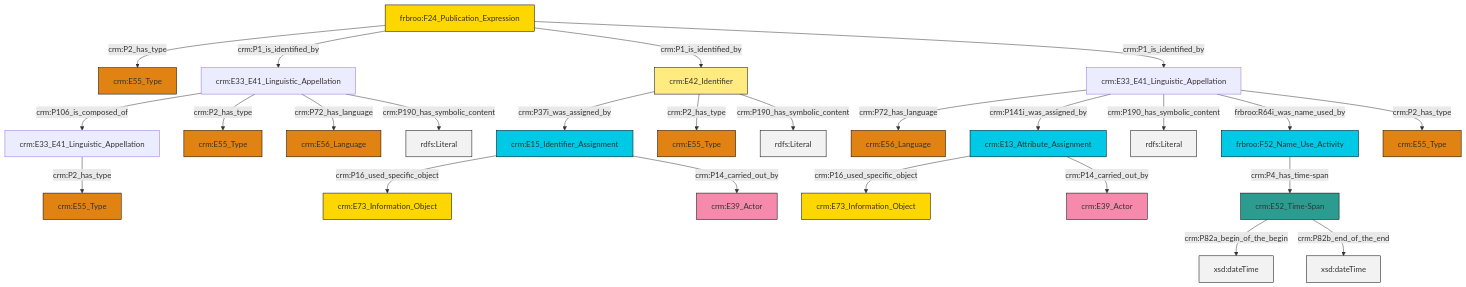
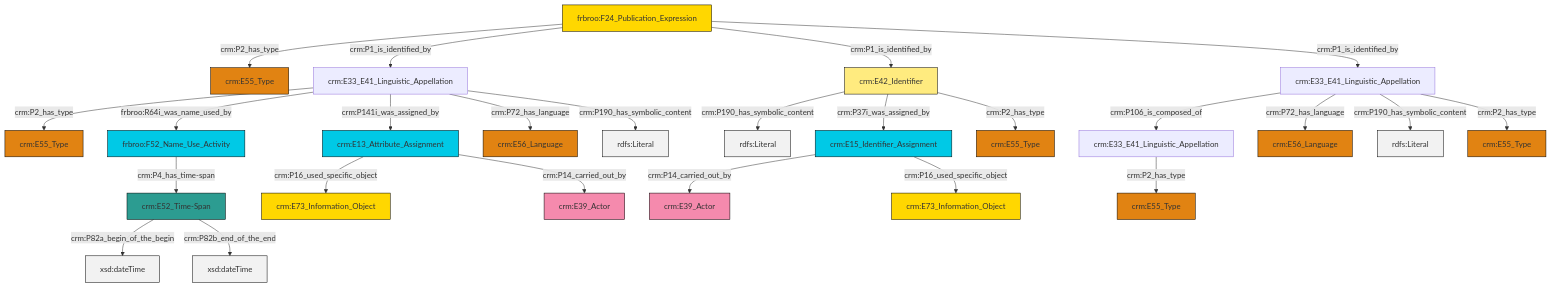
Before and after one commit to swiss-art-research-net/reference-data-models: the diagram in et/biblioCSV/ttl/mmd/biblio_name.ttl.mmd, drawn with Mermaid. The commit also changed 127 other files, not shown here.

```diff
--- a/et/biblioCSV/ttl/mmd/biblio_name.ttl.mmd
+++ b/et/biblioCSV/ttl/mmd/biblio_name.ttl.mmd
@@ -1,39 +1,39 @@
 graph TD
 classDef Literal fill:#f2f2f2,stroke:#000000;
 classDef CRM_Entity fill:#FFFFFF,stroke:#000000;
 classDef Temporal_Entity fill:#00C9E6, stroke:#000000;
 classDef Type fill:#E18312, stroke:#000000;
 classDef Time-Span fill:#2C9C91, stroke:#000000;
 classDef Appellation fill:#FFEB7F, stroke:#000000;
 classDef Place fill:#008836, stroke:#000000;
 classDef Persistent_Item fill:#B266B2, stroke:#000000;
 classDef Conceptual_Object fill:#FFD700, stroke:#000000;
 classDef Physical_Thing fill:#D2B48C, stroke:#000000;
 classDef Actor fill:#f58aad, stroke:#000000;
 classDef PC_Classes fill:#4ce600, stroke:#000000;
 classDef Multi fill:#cccccc,stroke:#000000;
 
-0["crm:E42_Identifier"]:::Appellation -->|crm:P37i_was_assigned_by| 1["crm:E15_Identifier_Assignment"]:::Temporal_Entity
-2["crm:E33_E41_Linguistic_Appellation"]:::Default -->|crm:P106_is_composed_of| 3["crm:E33_E41_Linguistic_Appellation"]:::Default
-2["crm:E33_E41_Linguistic_Appellation"]:::Default -->|crm:P2_has_type| 6["crm:E55_Type"]:::Type
-11["crm:E13_Attribute_Assignment"]:::Temporal_Entity -->|crm:P16_used_specific_object| 12["crm:E73_Information_Object"]:::Conceptual_Object
-13["crm:E52_Time-Span"]:::Time-Span -->|crm:P82a_begin_of_the_begin| 14[xsd:dateTime]:::Literal
-1["crm:E15_Identifier_Assignment"]:::Temporal_Entity -->|crm:P16_used_specific_object| 15["crm:E73_Information_Object"]:::Conceptual_Object
-13["crm:E52_Time-Span"]:::Time-Span -->|crm:P82b_end_of_the_end| 16[xsd:dateTime]:::Literal
-1["crm:E15_Identifier_Assignment"]:::Temporal_Entity -->|crm:P14_carried_out_by| 17["crm:E39_Actor"]:::Actor
-2["crm:E33_E41_Linguistic_Appellation"]:::Default -->|crm:P72_has_language| 18["crm:E56_Language"]:::Type
-0["crm:E42_Identifier"]:::Appellation -->|crm:P2_has_type| 9["crm:E55_Type"]:::Type
-23["frbroo:F24_Publication_Expression"]:::Conceptual_Object -->|crm:P2_has_type| 4["crm:E55_Type"]:::Type
-24["crm:E33_E41_Linguistic_Appellation"]:::Default -->|crm:P72_has_language| 21["crm:E56_Language"]:::Type
-23["frbroo:F24_Publication_Expression"]:::Conceptual_Object -->|crm:P1_is_identified_by| 2["crm:E33_E41_Linguistic_Appellation"]:::Default
-34["frbroo:F52_Name_Use_Activity"]:::Temporal_Entity -->|crm:P4_has_time-span| 13["crm:E52_Time-Span"]:::Time-Span
-23["frbroo:F24_Publication_Expression"]:::Conceptual_Object -->|crm:P1_is_identified_by| 0["crm:E42_Identifier"]:::Appellation
-24["crm:E33_E41_Linguistic_Appellation"]:::Default -->|crm:P141i_was_assigned_by| 11["crm:E13_Attribute_Assignment"]:::Temporal_Entity
-24["crm:E33_E41_Linguistic_Appellation"]:::Default -->|crm:P190_has_symbolic_content| 38[rdfs:Literal]:::Literal
-23["frbroo:F24_Publication_Expression"]:::Conceptual_Object -->|crm:P1_is_identified_by| 24["crm:E33_E41_Linguistic_Appellation"]:::Default
-2["crm:E33_E41_Linguistic_Appellation"]:::Default -->|crm:P190_has_symbolic_content| 39[rdfs:Literal]:::Literal
-0["crm:E42_Identifier"]:::Appellation -->|crm:P190_has_symbolic_content| 43[rdfs:Literal]:::Literal
-24["crm:E33_E41_Linguistic_Appellation"]:::Default -->|frbroo:R64i_was_name_used_by| 34["frbroo:F52_Name_Use_Activity"]:::Temporal_Entity
-3["crm:E33_E41_Linguistic_Appellation"]:::Default -->|crm:P2_has_type| 27["crm:E55_Type"]:::Type
-11["crm:E13_Attribute_Assignment"]:::Temporal_Entity -->|crm:P14_carried_out_by| 19["crm:E39_Actor"]:::Actor
-24["crm:E33_E41_Linguistic_Appellation"]:::Default -->|crm:P2_has_type| 7["crm:E55_Type"]:::Type
+0["crm:E42_Identifier"]:::Appellation -->|crm:P190_has_symbolic_content| 2[rdfs:Literal]:::Literal
+5["crm:E15_Identifier_Assignment"]:::Temporal_Entity -->|crm:P14_carried_out_by| 6["crm:E39_Actor"]:::Actor
+0["crm:E42_Identifier"]:::Appellation -->|crm:P37i_was_assigned_by| 5["crm:E15_Identifier_Assignment"]:::Temporal_Entity
+7["frbroo:F24_Publication_Expression"]:::Conceptual_Object -->|crm:P2_has_type| 8["crm:E55_Type"]:::Type
+9["crm:E13_Attribute_Assignment"]:::Temporal_Entity -->|crm:P16_used_specific_object| 3["crm:E73_Information_Object"]:::Conceptual_Object
+7["frbroo:F24_Publication_Expression"]:::Conceptual_Object -->|crm:P1_is_identified_by| 12["crm:E33_E41_Linguistic_Appellation"]:::Default
+15["crm:E52_Time-Span"]:::Time-Span -->|crm:P82a_begin_of_the_begin| 16[xsd:dateTime]:::Literal
+17["crm:E33_E41_Linguistic_Appellation"]:::Default -->|crm:P106_is_composed_of| 13["crm:E33_E41_Linguistic_Appellation"]:::Default
+12["crm:E33_E41_Linguistic_Appellation"]:::Default -->|crm:P2_has_type| 18["crm:E55_Type"]:::Type
+17["crm:E33_E41_Linguistic_Appellation"]:::Default -->|crm:P72_has_language| 19["crm:E56_Language"]:::Type
+17["crm:E33_E41_Linguistic_Appellation"]:::Default -->|crm:P190_has_symbolic_content| 25[rdfs:Literal]:::Literal
+7["frbroo:F24_Publication_Expression"]:::Conceptual_Object -->|crm:P1_is_identified_by| 0["crm:E42_Identifier"]:::Appellation
+0["crm:E42_Identifier"]:::Appellation -->|crm:P2_has_type| 29["crm:E55_Type"]:::Type
+17["crm:E33_E41_Linguistic_Appellation"]:::Default -->|crm:P2_has_type| 27["crm:E55_Type"]:::Type
+12["crm:E33_E41_Linguistic_Appellation"]:::Default -->|frbroo:R64i_was_name_used_by| 33["frbroo:F52_Name_Use_Activity"]:::Temporal_Entity
+12["crm:E33_E41_Linguistic_Appellation"]:::Default -->|crm:P141i_was_assigned_by| 9["crm:E13_Attribute_Assignment"]:::Temporal_Entity
+33["frbroo:F52_Name_Use_Activity"]:::Temporal_Entity -->|crm:P4_has_time-span| 15["crm:E52_Time-Span"]:::Time-Span
+9["crm:E13_Attribute_Assignment"]:::Temporal_Entity -->|crm:P14_carried_out_by| 30["crm:E39_Actor"]:::Actor
+12["crm:E33_E41_Linguistic_Appellation"]:::Default -->|crm:P72_has_language| 39["crm:E56_Language"]:::Type
+12["crm:E33_E41_Linguistic_Appellation"]:::Default -->|crm:P190_has_symbolic_content| 41[rdfs:Literal]:::Literal
+13["crm:E33_E41_Linguistic_Appellation"]:::Default -->|crm:P2_has_type| 23["crm:E55_Type"]:::Type
+5["crm:E15_Identifier_Assignment"]:::Temporal_Entity -->|crm:P16_used_specific_object| 10["crm:E73_Information_Object"]:::Conceptual_Object
+15["crm:E52_Time-Span"]:::Time-Span -->|crm:P82b_end_of_the_end| 42[xsd:dateTime]:::Literal
+7["frbroo:F24_Publication_Expression"]:::Conceptual_Object -->|crm:P1_is_identified_by| 17["crm:E33_E41_Linguistic_Appellation"]:::Default
```
